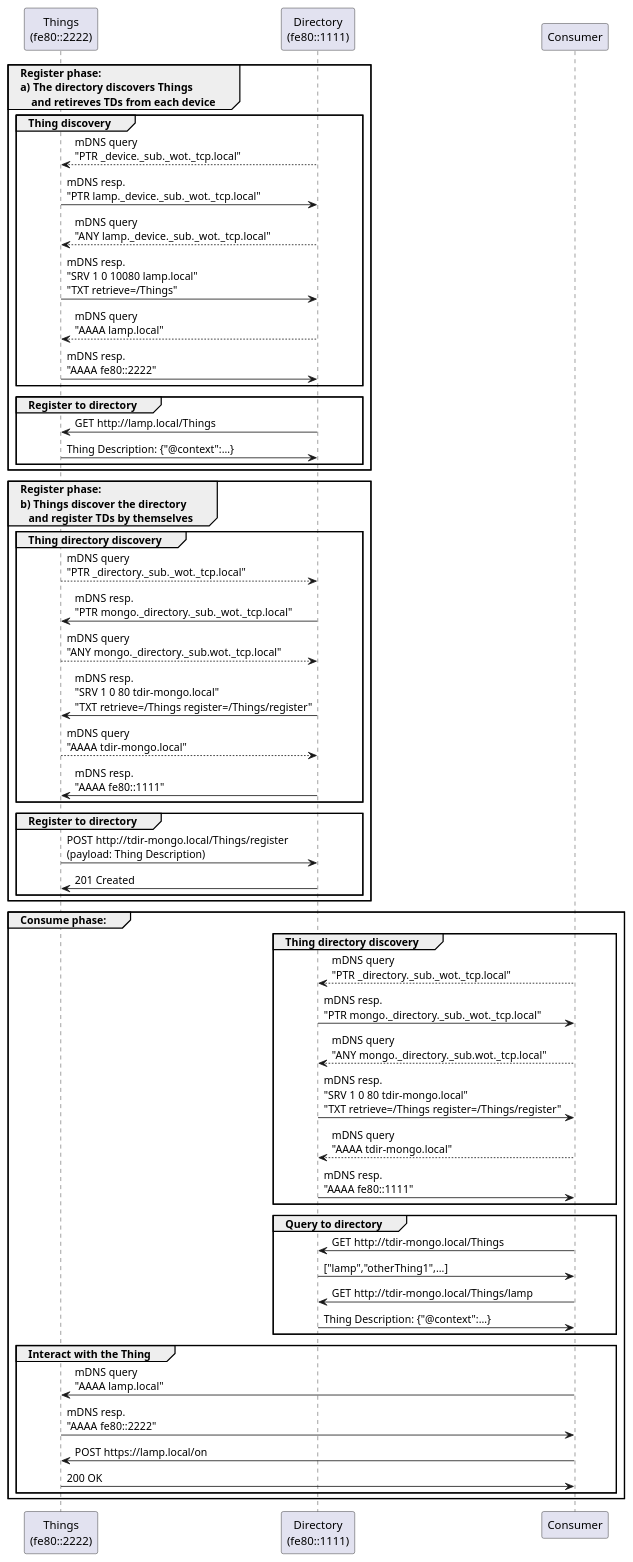
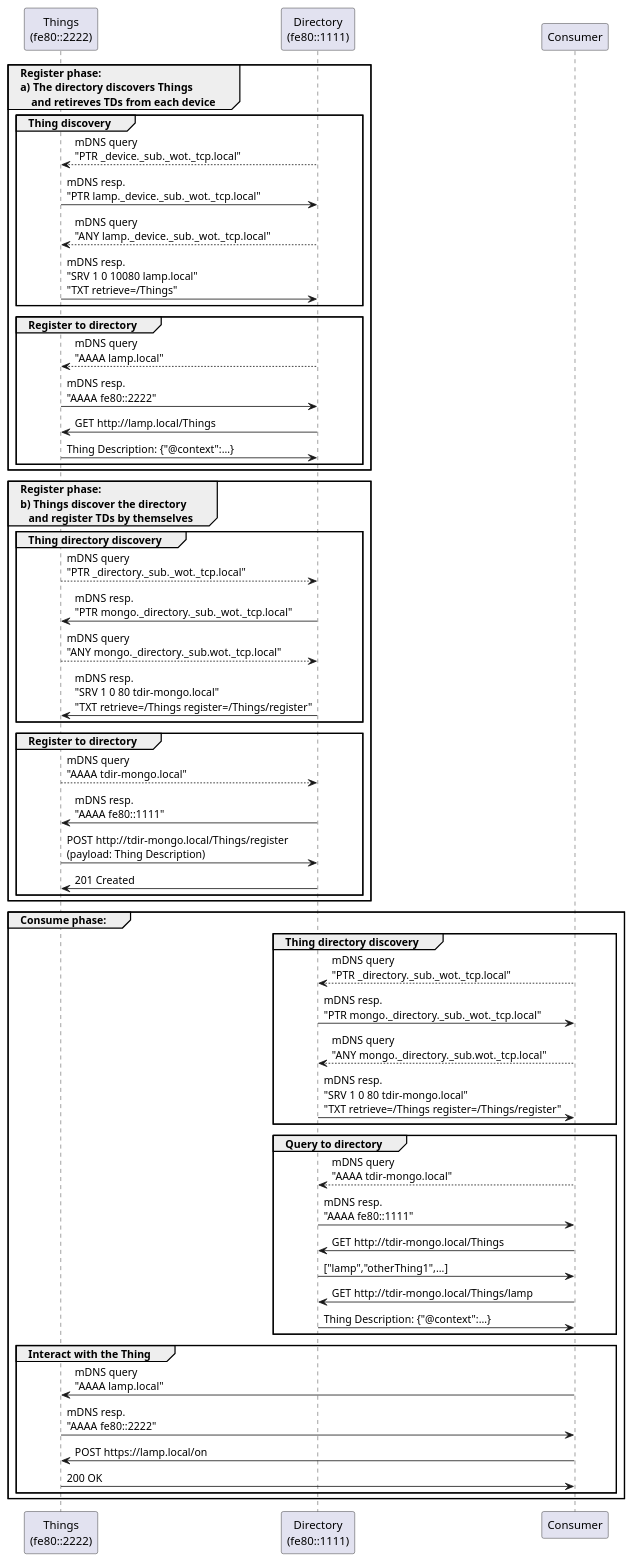
The diagram in discovery/tksuzuki-discovery.puml (k-toumura/document-for-wot), drawn with PlantUML before and after one commit. The commit also changed other lines of this file and 2 other files, not shown here.

```diff
--- a/discovery/tksuzuki-discovery.puml
+++ b/discovery/tksuzuki-discovery.puml
@@ -1,58 +1,58 @@
 @startuml
 skinparam defaultFontName "Noto Sans"
  
 participant "Things\n(fe80::2222)" as Thing 
 participant "Directory\n(fe80::1111)" as Directory 
 participant Consumer
 
 group Register phase:\na) The directory discovers Things\n    and retireves TDs from each device
     group Thing discovery
         Directory --> Thing : mDNS query\n"PTR _device._sub._wot._tcp.local"
         Thing -> Directory  : mDNS resp.\n"PTR lamp._device._sub._wot._tcp.local"
         Directory --> Thing : mDNS query\n"ANY lamp._device._sub._wot._tcp.local"
         Thing -> Directory  : mDNS resp.\n"SRV 1 0 10080 lamp.local"\n"TXT retrieve=/Things"
+    end
+    group Register to directory
         Directory --> Thing : mDNS query\n"AAAA lamp.local"
         Thing -> Directory  : mDNS resp.\n"AAAA fe80::2222"
-    end
-    group Register to directory
         Directory -> Thing  : GET http://lamp.local/Things
         Thing -> Directory  : Thing Description: {"@context":...}
     end
 end 
 group Register phase:\nb) Things discover the directory\n   and register TDs by themselves
     group Thing directory discovery
         Thing --> Directory : mDNS query\n"PTR _directory._sub._wot._tcp.local"
         Directory -> Thing  : mDNS resp.\n"PTR mongo._directory._sub._wot._tcp.local"
         Thing --> Directory : mDNS query\n"ANY mongo._directory._sub.wot._tcp.local"
         Directory -> Thing  : mDNS resp.\n"SRV 1 0 80 tdir-mongo.local"\n"TXT retrieve=/Things register=/Things/register"
+    end
+    group Register to directory
         Thing --> Directory : mDNS query\n"AAAA tdir-mongo.local"
         Directory -> Thing  : mDNS resp.\n"AAAA fe80::1111"
-    end
-    group Register to directory
         Thing -> Directory  : POST http://tdir-mongo.local/Things/register\n(payload: Thing Description)
         Directory -> Thing  : 201 Created
     end
 end
 group Consume phase:
     group Thing directory discovery
         Consumer --> Directory : mDNS query\n"PTR _directory._sub._wot._tcp.local"
         Directory -> Consumer  : mDNS resp.\n"PTR mongo._directory._sub._wot._tcp.local"
         Consumer --> Directory : mDNS query\n"ANY mongo._directory._sub.wot._tcp.local"
         Directory -> Consumer  : mDNS resp.\n"SRV 1 0 80 tdir-mongo.local"\n"TXT retrieve=/Things register=/Things/register"
+    end
+    group Query to directory
         Consumer --> Directory : mDNS query\n"AAAA tdir-mongo.local"
         Directory -> Consumer  : mDNS resp.\n"AAAA fe80::1111"
-    end
-    group Query to directory
         Consumer -> Directory  : GET http://tdir-mongo.local/Things
         Directory -> Consumer  : ["lamp","otherThing1",...]
         Consumer -> Directory  : GET http://tdir-mongo.local/Things/lamp
         Directory -> Consumer  : Thing Description: {"@context":...}
     end
     group Interact with the Thing
         Consumer -> Thing      : mDNS query\n"AAAA lamp.local"
         Thing -> Consumer      : mDNS resp.\n"AAAA fe80::2222"
         Consumer -> Thing      : POST https://lamp.local/on
         Thing -> Consumer      : 200 OK
     end
 end
 @enduml
```
